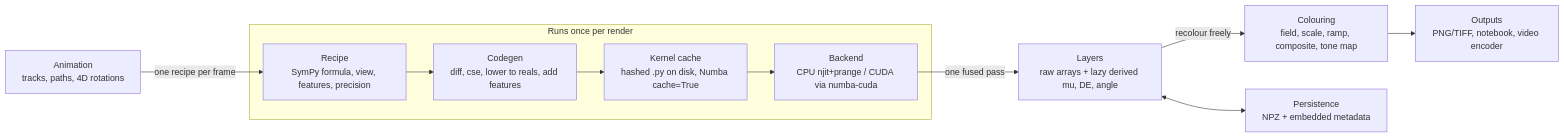
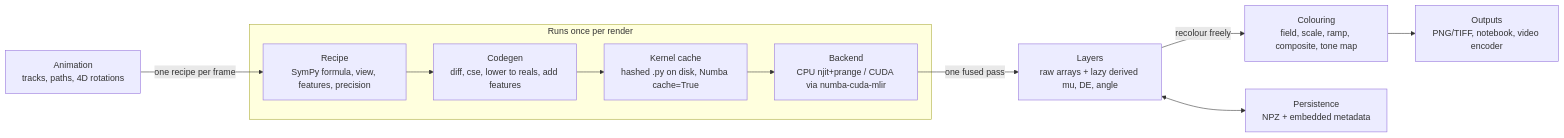
One commit to eoin-obrien/brotkit changed the diagram in docs/design/spec.md. Above: the diagram before and after it, drawn with Mermaid. The commit also changed other lines of this file and 12 other files, not shown here.

First line of the commit message:
build(deps): pin numba-cuda-mlir in the [cuda] extra (spike S1) (#66)

````diff
--- a/docs/design/spec.md
+++ b/docs/design/spec.md
@@ -509,13 +509,13 @@
 ```mermaid
 flowchart LR
   subgraph once["Runs once per render"]
     R[Recipe<br/>SymPy formula, view, features, precision] --> G[Codegen<br/>diff, cse, lower to reals, add features]
     G --> K[Kernel cache<br/>hashed .py on disk, Numba cache=True]
-    K --> B[Backend<br/>CPU njit+prange / CUDA via numba-cuda]
+    K --> B[Backend<br/>CPU njit+prange / CUDA via numba-cuda-mlir]
   end
   B -- one fused pass --> L[Layers<br/>raw arrays + lazy derived mu, DE, angle]
   L -- recolour freely --> C[Colouring<br/>field, scale, ramp, composite, tone map]
   C --> O[Outputs<br/>PNG/TIFF, notebook, video encoder]
   A[Animation<br/>tracks, paths, 4D rotations] -- one recipe per frame --> R
   L <--> P[Persistence<br/>NPZ + embedded metadata]
 ```
````
